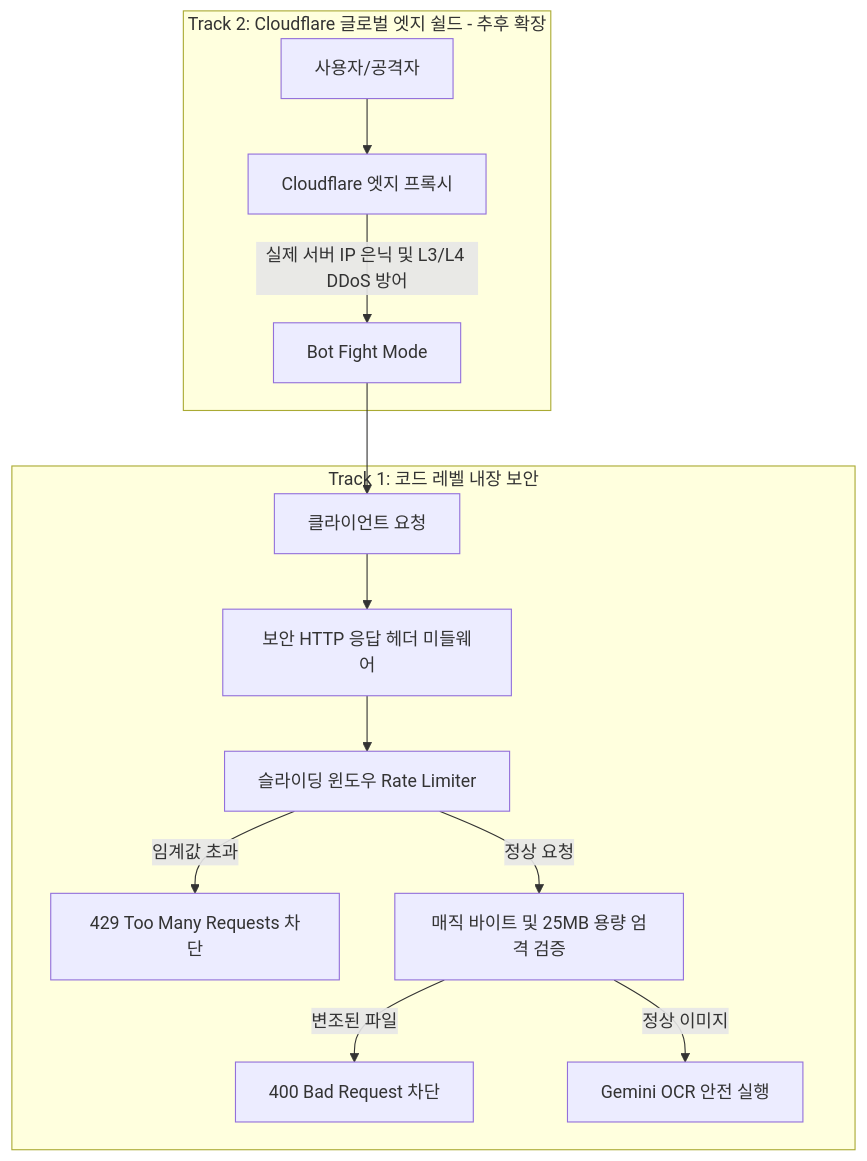
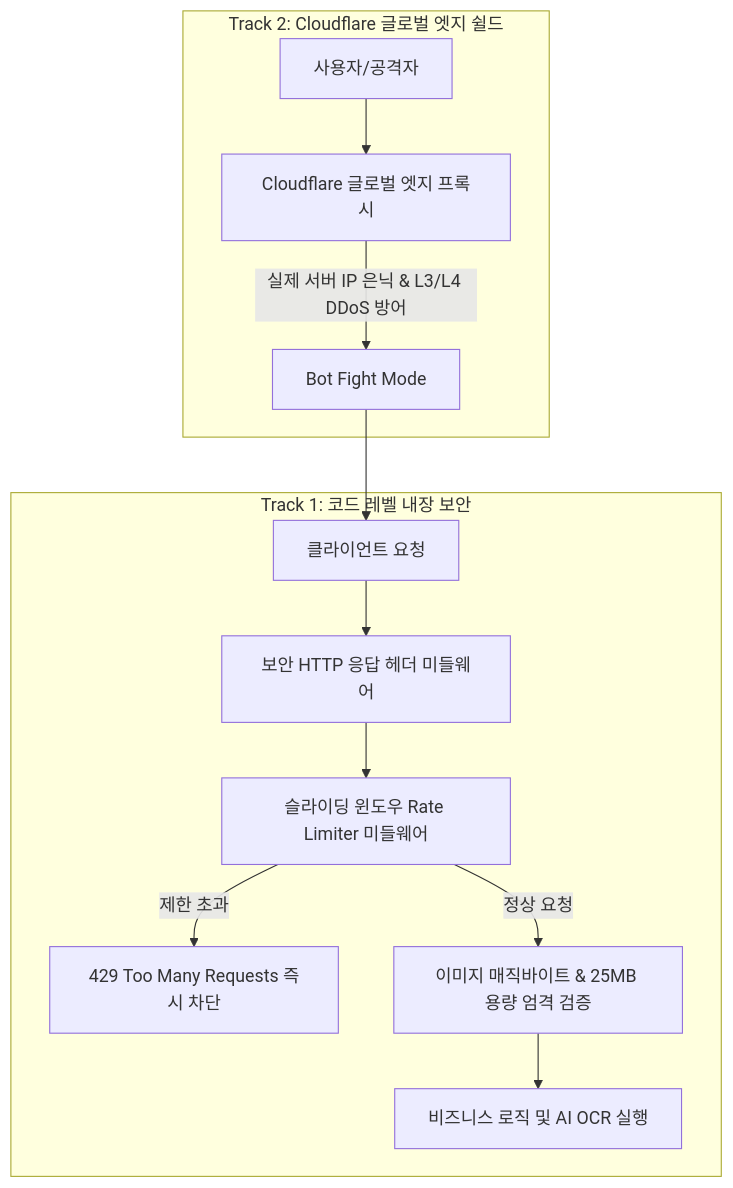
One commit to daniel-dataflow/daniel-dataflow.github.io changed the diagram in content/posts/picksafe/2026-08-29-디도스-DDoS-방어-및-애플리케이션-보안-강화-설계.md. Above: the diagram before and after it, drawn with Mermaid. The commit also changed other lines of this file and 64 other files, not shown here.

````diff
--- a/content/posts/picksafe/2026-08-29-디도스-DDoS-방어-및-애플리케이션-보안-강화-설계.md
+++ b/content/posts/picksafe/2026-08-29-디도스-DDoS-방어-및-애플리케이션-보안-강화-설계.md
@@ -74,17 +35,16 @@
 ```mermaid
 flowchart TD
     subgraph Track1_현재_내장_방어 [Track 1: 코드 레벨 내장 보안]
         A1[클라이언트 요청] --> A2[보안 HTTP 응답 헤더 미들웨어]
-        A2 --> A3[슬라이딩 윈도우 Rate Limiter]
-        A3 -->|임계값 초과| A4[429 Too Many Requests 차단]
-        A3 -->|정상 요청| A5[매직 바이트 및 25MB 용량 엄격 검증]
-        A5 -->|변조된 파일| A6[400 Bad Request 차단]
-        A5 -->|정상 이미지| A7[Gemini OCR 안전 실행]
+        A2 --> A3[슬라이딩 윈도우 Rate Limiter 미들웨어]
+        A3 -->|제한 초과| A4[429 Too Many Requests 즉시 차단]
+        A3 -->|정상 요청| A5[이미지 매직바이트 & 25MB 용량 엄격 검증]
+        A5 --> A6[비즈니스 로직 및 AI OCR 실행]
     end
 
-    subgraph Track2_도메인_확장 [Track 2: Cloudflare 글로벌 엣지 쉴드 - 추후 확장]
-        B1[사용자/공격자] --> B2[Cloudflare 엣지 프록시]
-        B2 -->|실제 서버 IP 은닉 및 L3/L4 DDoS 방어| B3[Bot Fight Mode]
+    subgraph Track2_도메인_도입_시_확장 [Track 2: Cloudflare 글로벌 엣지 쉴드]
+        B1[사용자/공격자] --> B2[Cloudflare 글로벌 엣지 프록시]
+        B2 -->|실제 서버 IP 은닉 & L3/L4 DDoS 방어| B3[Bot Fight Mode]
         B3 --> A1
     end
 ```
````
